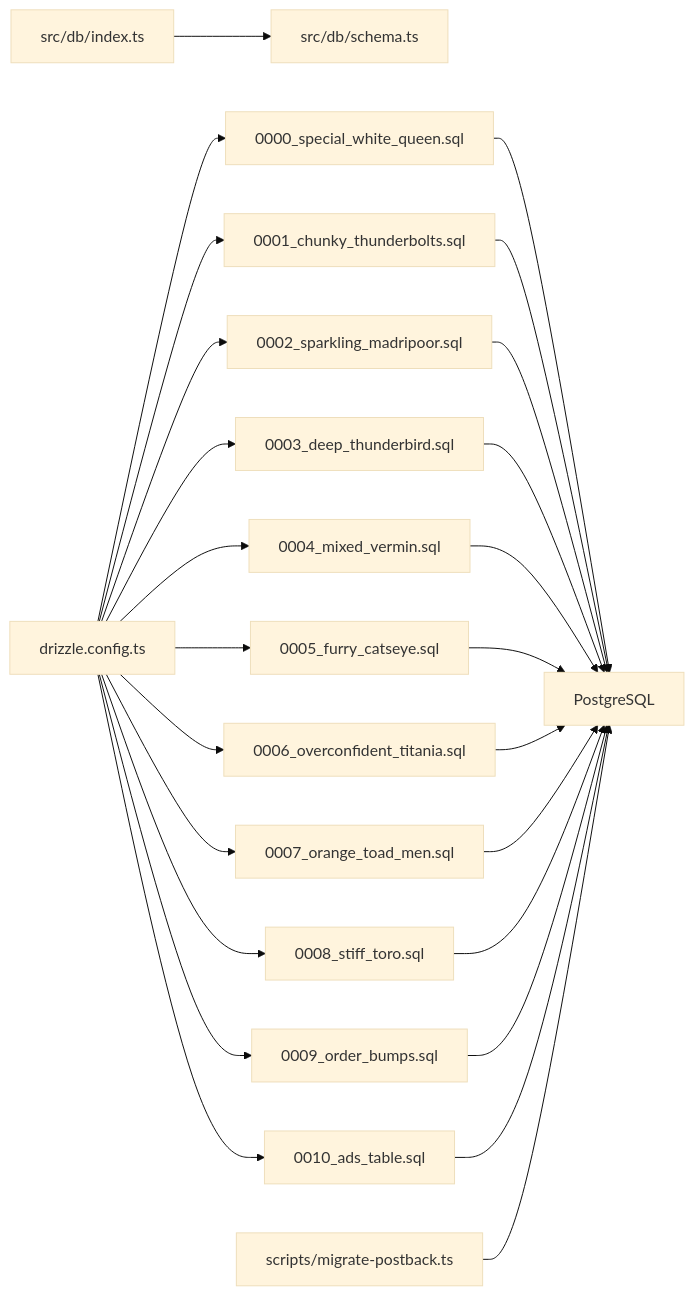
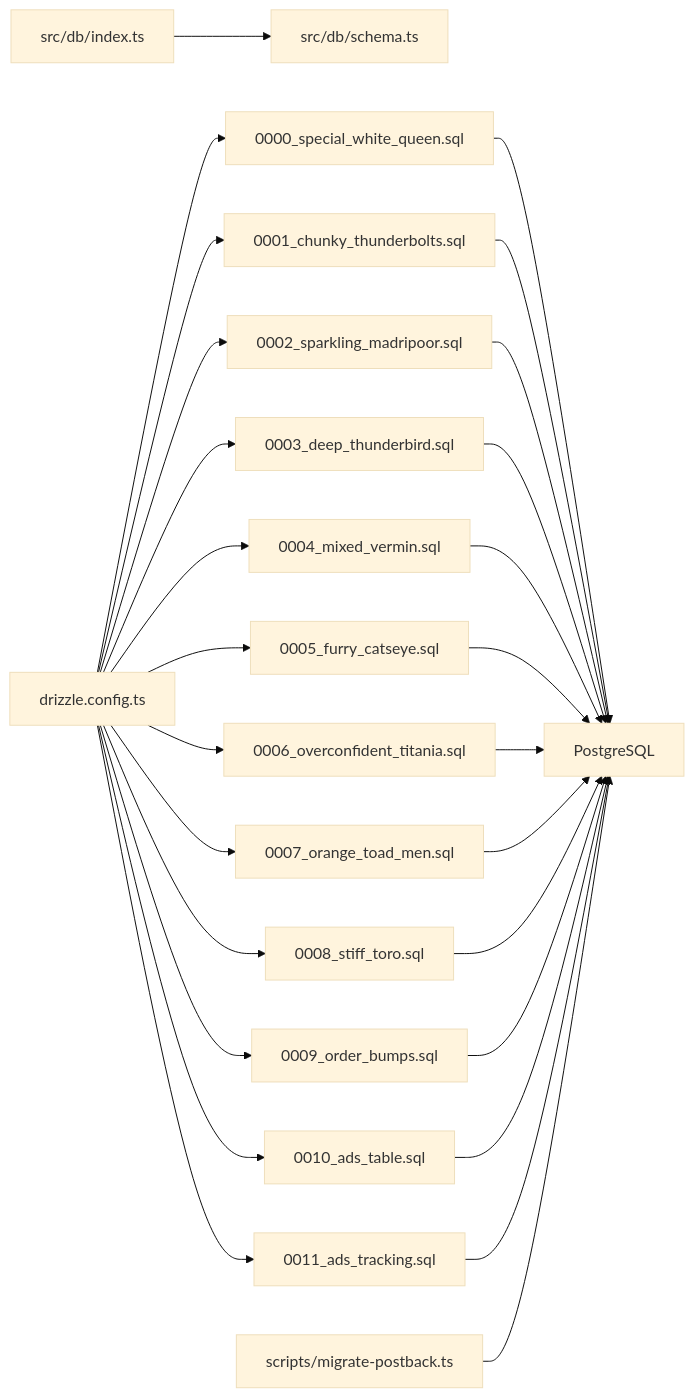
One commit to eromedrive2tb-gif/Avitrine changed the ninth of 9 diagrams in .qoder/repowiki/en/content/Database Design/Database Schema Overview.md. Above: the diagram before and after it, drawn with Mermaid (base theme). The commit also changed other lines of this file and 18 other files, not shown here.

````diff
--- a/.qoder/repowiki/en/content/Database Design/Database Schema Overview.md
+++ b/.qoder/repowiki/en/content/Database Design/Database Schema Overview.md
@@ -731,27 +806,29 @@
 ```mermaid
 graph LR
 DBIDX["src/db/index.ts"] --> SCHEMA["src/db/schema.ts"]
 DRIZZLECFG["drizzle.config.ts"] --> MIGR0["0000_special_white_queen.sql"]
 DRIZZLECFG --> MIGR1["0001_chunky_thunderbolts.sql"]
 DRIZZLECFG --> MIGR2["0002_sparkling_madripoor.sql"]
 DRIZZLECFG --> MIGR3["0003_deep_thunderbird.sql"]
 DRIZZLECFG --> MIGR4["0004_mixed_vermin.sql"]
 DRIZZLECFG --> MIGR5["0005_furry_catseye.sql"]
 DRIZZLECFG --> MIGR6["0006_overconfident_titania.sql"]
 DRIZZLECFG --> MIGR7["0007_orange_toad_men.sql"]
 DRIZZLECFG --> MIGR8["0008_stiff_toro.sql"]
 DRIZZLECFG --> MIGR9["0009_order_bumps.sql"]
 DRIZZLECFG --> MIGR10["0010_ads_table.sql"]
+DRIZZLECFG --> MIGR11["0011_ads_tracking.sql"]
 MIGR0 --> PG["PostgreSQL"]
 MIGR1 --> PG
 MIGR2 --> PG
 MIGR3 --> PG
 MIGR4 --> PG
 MIGR5 --> PG
 MIGR6 --> PG
 MIGR7 --> PG
 MIGR8 --> PG
 MIGR9 --> PG
 MIGR10 --> PG
+MIGR11 --> PG
 ENDSCRIPT["scripts/migrate-postback.ts"] --> PG
 ```
````
